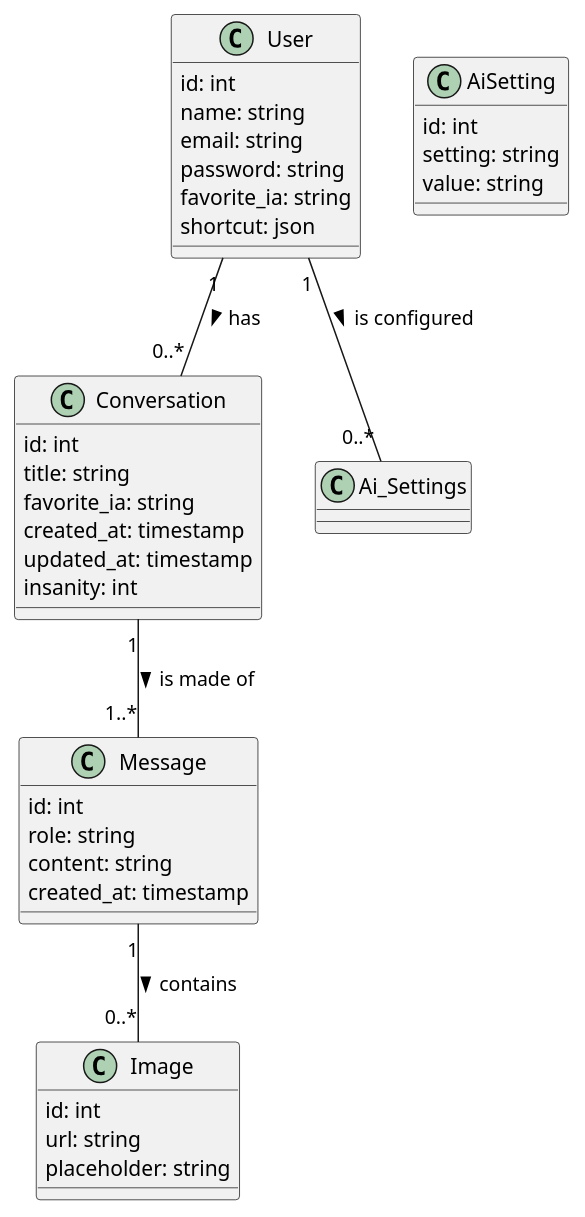
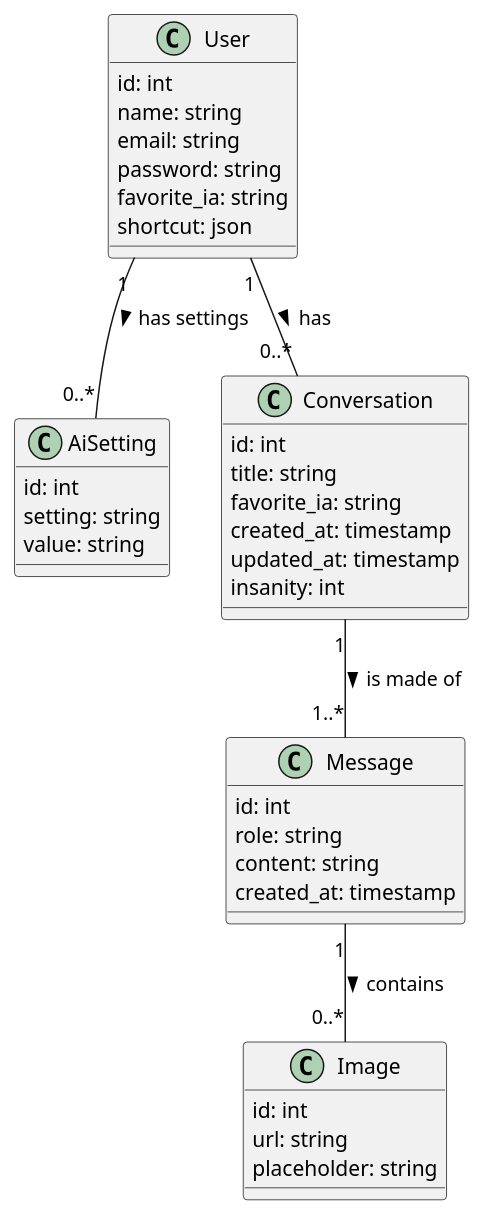
One commit to AlphaXZero/AI_Chat changed the diagram in docs/class_diagram.puml. Above: the diagram before and after it, drawn with PlantUML. The commit also changed 3 other files, not shown here.

Commit message:
docs: update rapport.typ and create class_diagram.svg

```diff
--- a/docs/class_diagram.puml
+++ b/docs/class_diagram.puml
@@ -1,40 +1,40 @@
 @startuml
 class User {
   id: int
   name: string
   email: string
   password: string
   favorite_ia: string
   shortcut: json
   ' Structure du shortcut (tableau d'objets) :
-  ' [{ "shortcut": "hi", "command": "hello " }, ...]
+  ' [{ "command": "hi", "instruction": "hello " }, ...]
 }
 class AiSetting {
   id: int
   setting: string
   value: string
 }
 class Conversation {
   id: int
   title: string
   favorite_ia: string
   created_at: timestamp
   updated_at: timestamp
   insanity: int
 }
 class Message {
   id: int
   role: string
   content: string
   created_at: timestamp
 }
 class Image {
   id: int
   url: string
   placeholder: string
 }
 User "1" -- "0..*" Conversation : has >
-User "1" -- "0..*" Ai_Settings : is configured >
+User "1" -- "0..*" AiSetting : has settings >
 Conversation "1" -- "1..*" Message : is made of >
 Message "1" -- "0..*" Image : contains >
 @enduml
```
